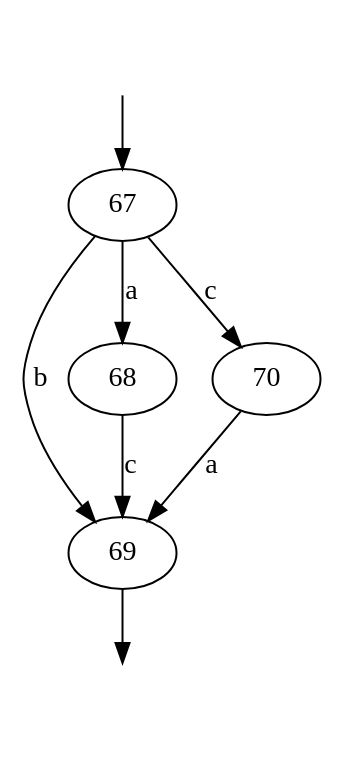
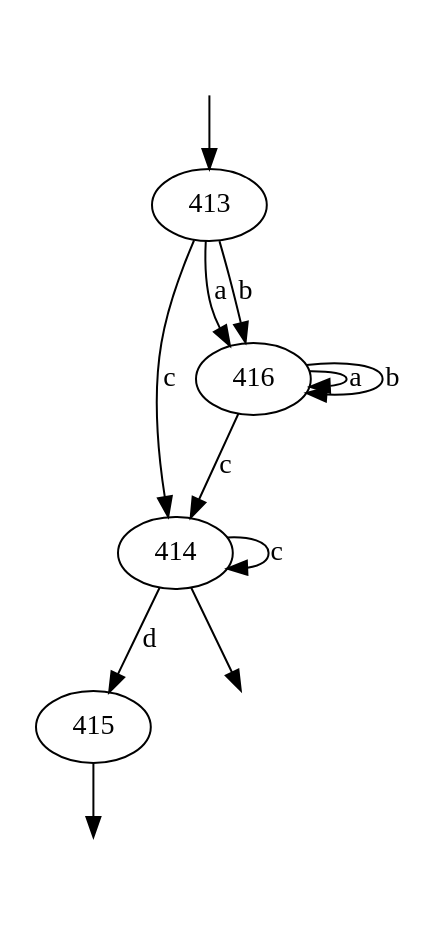
Before and after one commit to qwerfah/compilers-design: the diagram in RegexParser/RegexParser/graph.dot, drawn with Graphviz. The commit also changed 2 other files, not shown here.

```diff
--- a/RegexParser/RegexParser/graph.dot
+++ b/RegexParser/RegexParser/graph.dot
@@ -1,11 +1,16 @@
 digraph FSM {
 In [shape=none fontcolor=white]
-In -> 67
-Out69 [shape=none fontcolor=white]
-69 -> Out69
-67 -> 68 [label="a"]
-70 -> 69 [label="a"]
-67 -> 70 [label="c"]
-68 -> 69 [label="c"]
-67 -> 69 [label="b"]
+In -> 413
+Out415 [shape=none fontcolor=white]
+415 -> Out415
+Out414 [shape=none fontcolor=white]
+414 -> Out414
+414 -> 415 [label="d"]
+413 -> 416 [label="a"]
+414 -> 414 [label="c"]
+413 -> 416 [label="b"]
+413 -> 414 [label="c"]
+416 -> 416 [label="a"]
+416 -> 416 [label="b"]
+416 -> 414 [label="c"]
 }
```
